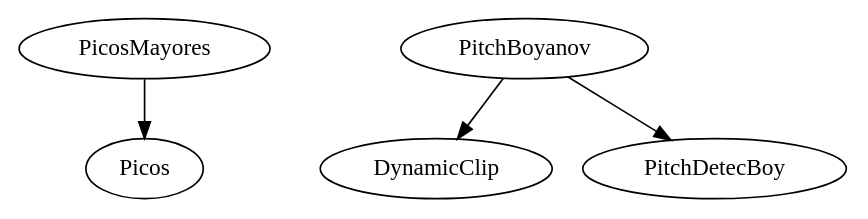
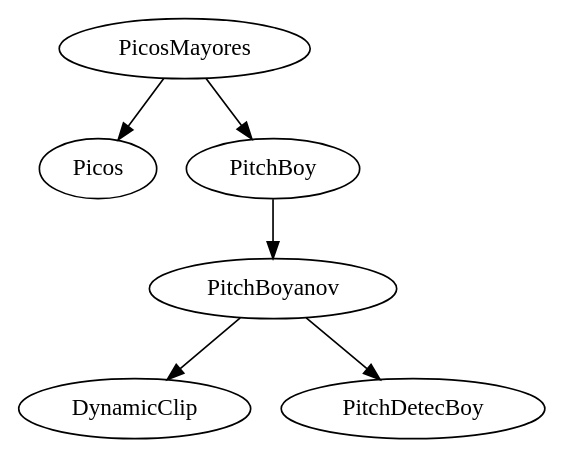
The diagram in doc/src/PitchDetermination/boyanov/graph.dot (jorgomezga/AVCA-ByO), drawn with Graphviz before and after one commit. The commit also changed 198 other files, not shown here.

```diff
--- a/doc/src/PitchDetermination/boyanov/graph.dot
+++ b/doc/src/PitchDetermination/boyanov/graph.dot
@@ -1,12 +1,15 @@
 /* Created by mdot for Matlab */
 digraph m2html {
   PicosMayores -> Picos;
+  PicosMayores -> PitchBoy;
+  PitchBoy -> PitchBoyanov;
   PitchBoyanov -> DynamicClip;
   PitchBoyanov -> PitchDetecBoy;
 
   DynamicClip [URL="DynamicClip.html"];
   Picos [URL="Picos.html"];
   PicosMayores [URL="PicosMayores.html"];
+  PitchBoy [URL="PitchBoy.html"];
   PitchBoyanov [URL="PitchBoyanov.html"];
   PitchDetecBoy [URL="PitchDetecBoy.html"];
 }
```
